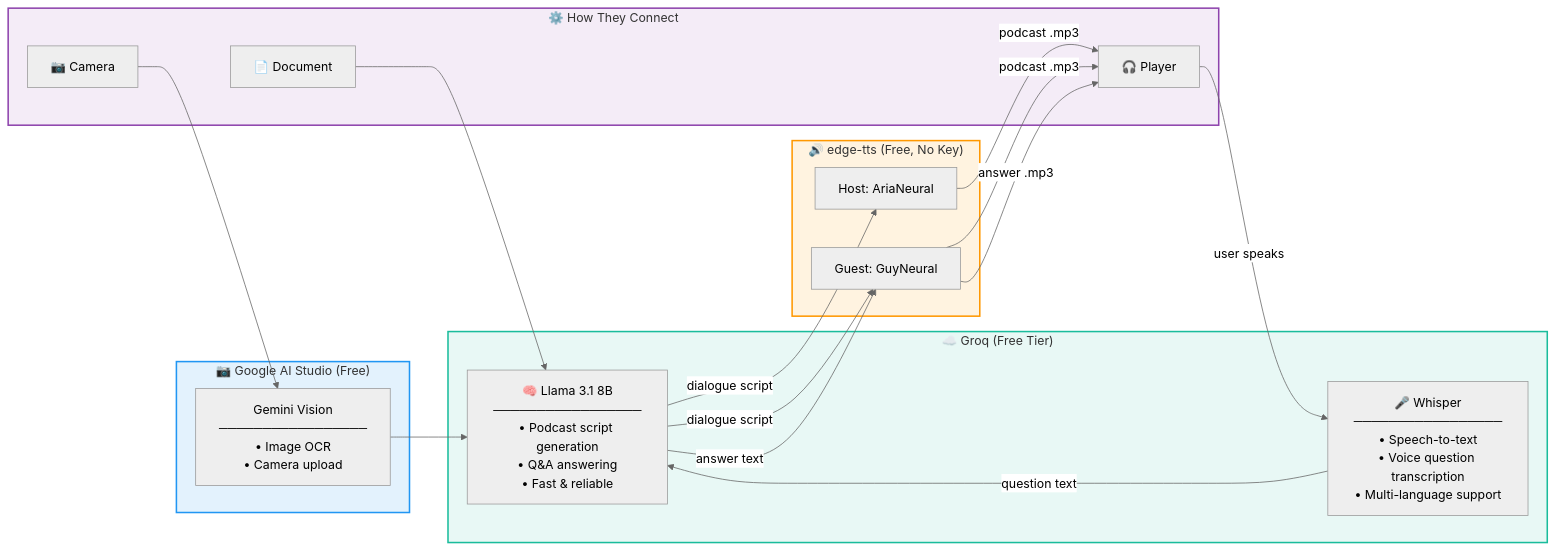
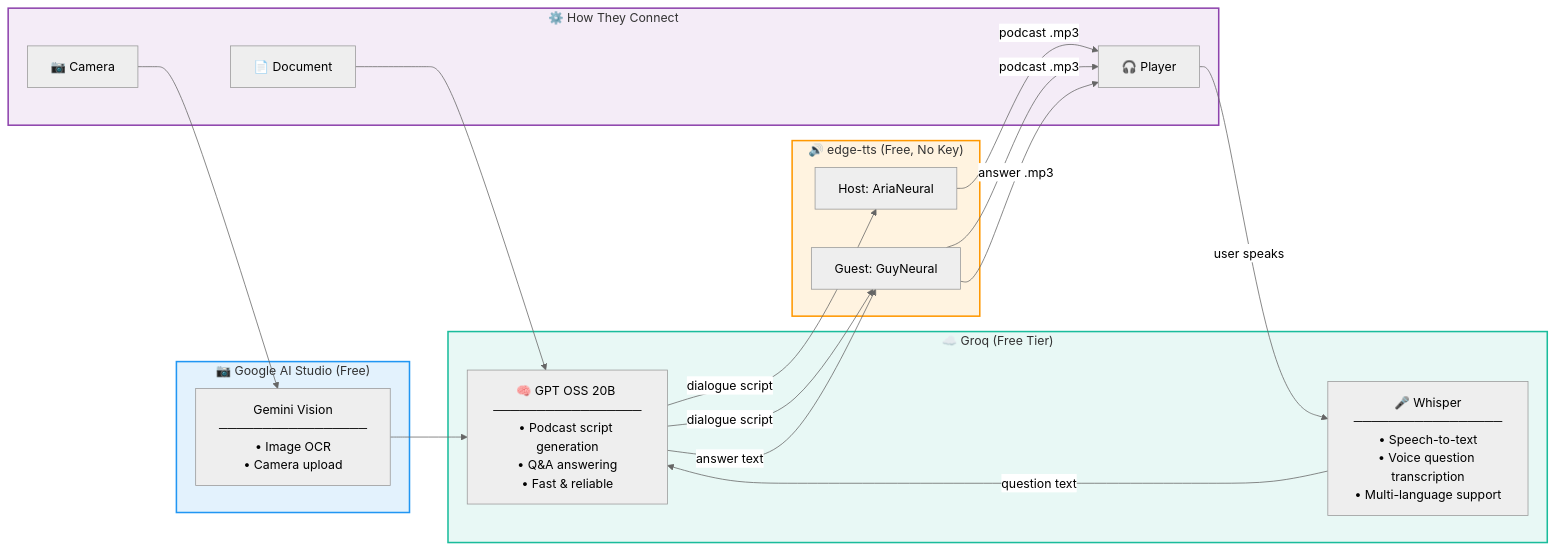
One commit to pushkal1234/PaperPod changed the diagram in README.md. Above: the diagram before and after it, drawn with Mermaid (neutral theme). The commit also changed other lines of this file, not shown here.

First line of the commit message:
Adding LLM model changes in readme.md

````diff
--- a/README.md
+++ b/README.md
@@ -180,34 +180,34 @@
 ```mermaid
 flowchart LR
     subgraph GROQ["☁️ Groq (Free Tier)"]
-        LLM["🧠 Llama 3.1 8B\n─────────────────\n• Podcast script generation\n• Q&A answering\n• Fast & reliable"]
+        LLM["🧠 GPT OSS 20B \n─────────────────\n• Podcast script generation\n• Q&A answering\n• Fast & reliable"]
         STT["🎤 Whisper\n─────────────────\n• Speech-to-text\n• Voice question transcription\n• Multi-language support"]
     end
 
     subgraph TTS["🔊 edge-tts (Free, No Key)"]
         HOST["Host: AriaNeural"]
         GUEST["Guest: GuyNeural"]
     end
 
     subgraph OCR["📷 Google AI Studio (Free)"]
         VISION["Gemini Vision\n─────────────────\n• Image OCR\n• Camera upload"]
     end
 
     subgraph PIPELINE["⚙️ How They Connect"]
         DOC["📄 Document"] --> LLM
         CAM["📷 Camera"] --> VISION --> LLM
         LLM -->|dialogue script| HOST
         LLM -->|dialogue script| GUEST
         HOST -->|podcast .mp3| PLAY["🎧 Player"]
         GUEST -->|podcast .mp3| PLAY
         PLAY -->|user speaks| STT
         STT -->|question text| LLM
         LLM -->|answer text| GUEST
         GUEST -->|answer .mp3| PLAY
     end
 
     style GROQ fill:#E8F8F5,stroke:#1ABC9C,stroke-width:2px
     style TTS fill:#FFF3E0,stroke:#FF9800,stroke-width:2px
     style OCR fill:#E3F2FD,stroke:#2196F3,stroke-width:2px
     style PIPELINE fill:#F4ECF7,stroke:#8E44AD,stroke-width:2px
 ```
````
